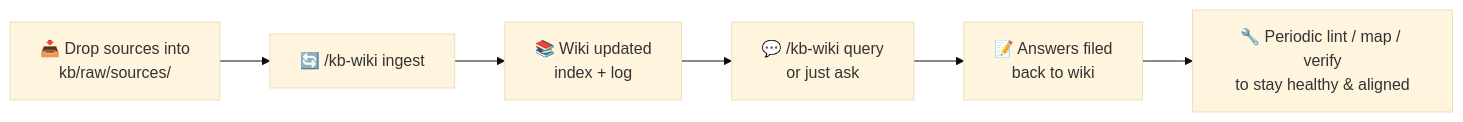
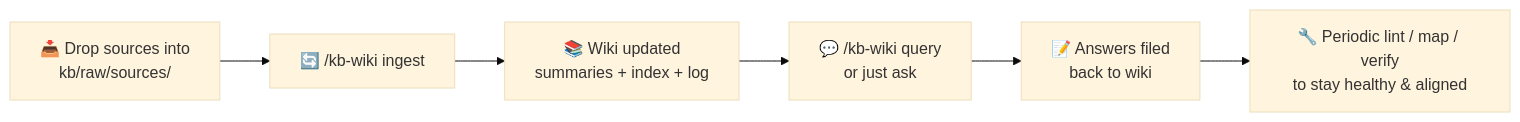
Before and after one commit to RayChang/agent-skills: the diagram in README.en.md, drawn with Mermaid (base theme). The commit also changed other lines of this file and 8 other files, not shown here.

````diff
--- a/README.en.md
+++ b/README.en.md
@@ -116,8 +117,8 @@
 ```mermaid
 flowchart LR
     A[📥 Drop sources into<br/>kb/raw/sources/] --> B[🔄 /kb-wiki ingest]
-    B --> C[📚 Wiki updated<br/>index + log]
+    B --> C[📚 Wiki updated<br/>summaries + index + log]
     C --> D[💬 /kb-wiki query<br/>or just ask]
     D --> E[📝 Answers filed<br/>back to wiki]
     E --> F[🔧 Periodic lint / map / verify<br/>to stay healthy & aligned]
 ```
````
